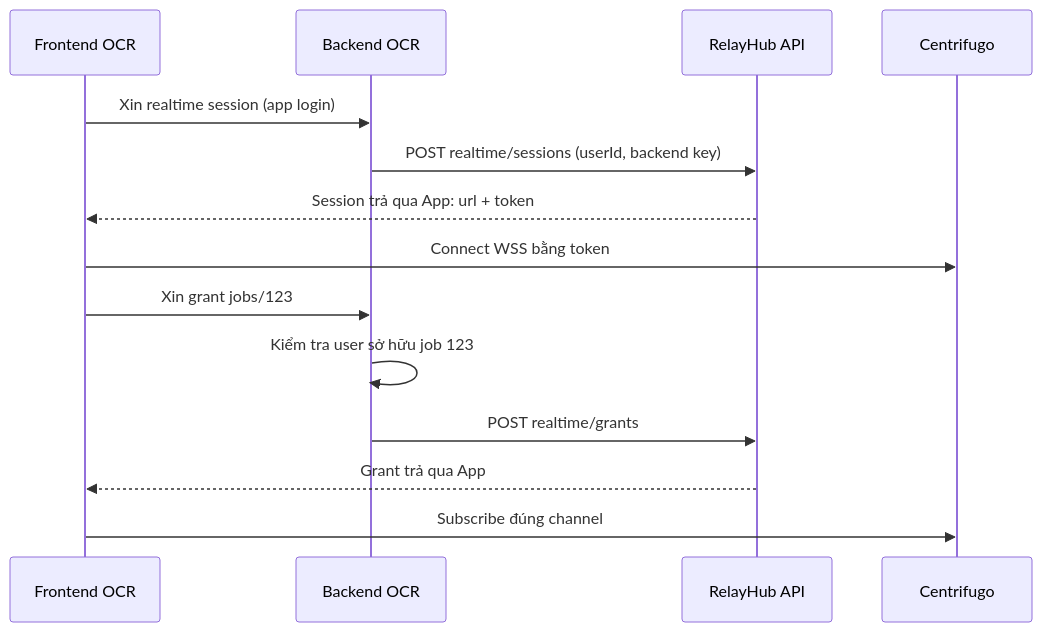
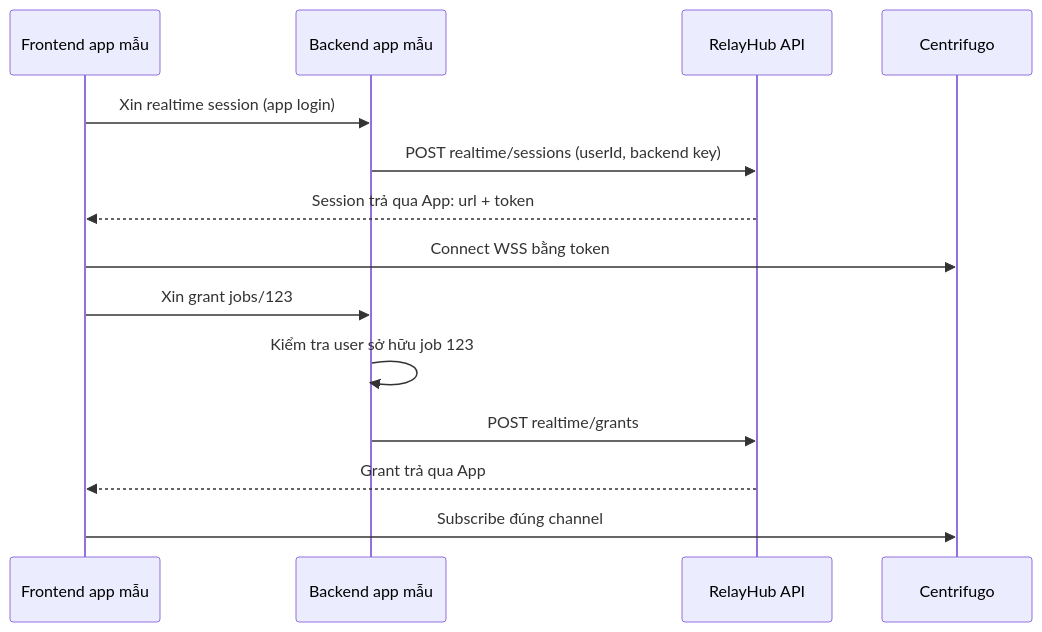
Before and after one commit to dungxbuif/RelayHub: the diagram in INTEGRATION_FLOWS.md, drawn with Mermaid. The commit also changed other lines of this file and 11 other files, not shown here.

````diff
--- a/INTEGRATION_FLOWS.md
+++ b/INTEGRATION_FLOWS.md
@@ -13,16 +13,16 @@
 ```mermaid
 sequenceDiagram
-  participant UI as Frontend OCR
-  participant App as Backend OCR
+  participant UI as Frontend app mẫu
+  participant App as Backend app mẫu
   participant API as RelayHub API
   participant WS as Centrifugo
   UI->>App: Xin realtime session (app login)
   App->>API: POST realtime/sessions (userId, backend key)
   API-->>UI: Session trả qua App: url + token
   UI->>WS: Connect WSS bằng token
   UI->>App: Xin grant jobs/123
   App->>App: Kiểm tra user sở hữu job 123
   App->>API: POST realtime/grants
   API-->>UI: Grant trả qua App
   UI->>WS: Subscribe đúng channel
 ```
````
